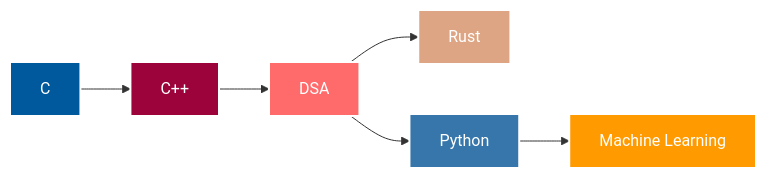
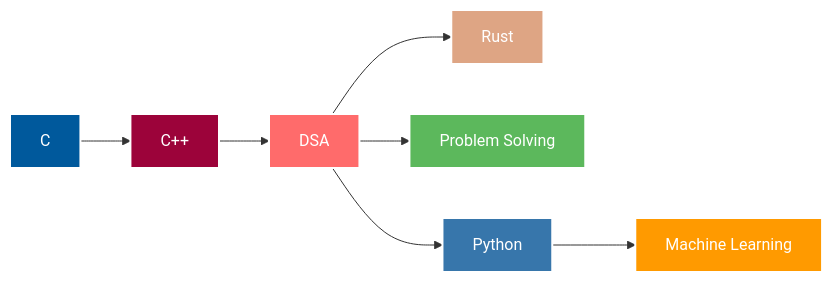
One commit to VAibhav1031/VAibhav1031 changed the diagram in README.md. Above: the diagram before and after it, drawn with Mermaid. The commit also changed other lines of this file, not shown here.

````diff
--- a/README.md
+++ b/README.md
@@ -101,14 +121,16 @@
 ```mermaid
 graph LR
     A[C] --> B[C++]
     B --> C[DSA]
     C --> D[Rust]
-    C --> E[Python]
-    E --> F[Machine Learning]
+    C --> E[Problem Solving]
+    C --> F[Python]
+    F --> G[Machine Learning]
     style A fill:#00599C,stroke:#fff,stroke-width:2px,color:#fff
     style B fill:#9C033A,stroke:#fff,stroke-width:2px,color:#fff
     style C fill:#FF6B6B,stroke:#fff,stroke-width:2px,color:#fff
     style D fill:#DEA584,stroke:#fff,stroke-width:2px,color:#fff
-    style E fill:#3776AB,stroke:#fff,stroke-width:2px,color:#fff
-    style F fill:#FF9A00,stroke:#fff,stroke-width:2px,color:#fff
+    style E fill:#5CB85C,stroke:#fff,stroke-width:2px,color:#fff
+    style F fill:#3776AB,stroke:#fff,stroke-width:2px,color:#fff
+    style G fill:#FF9A00,stroke:#fff,stroke-width:2px,color:#fff
 ```
````
